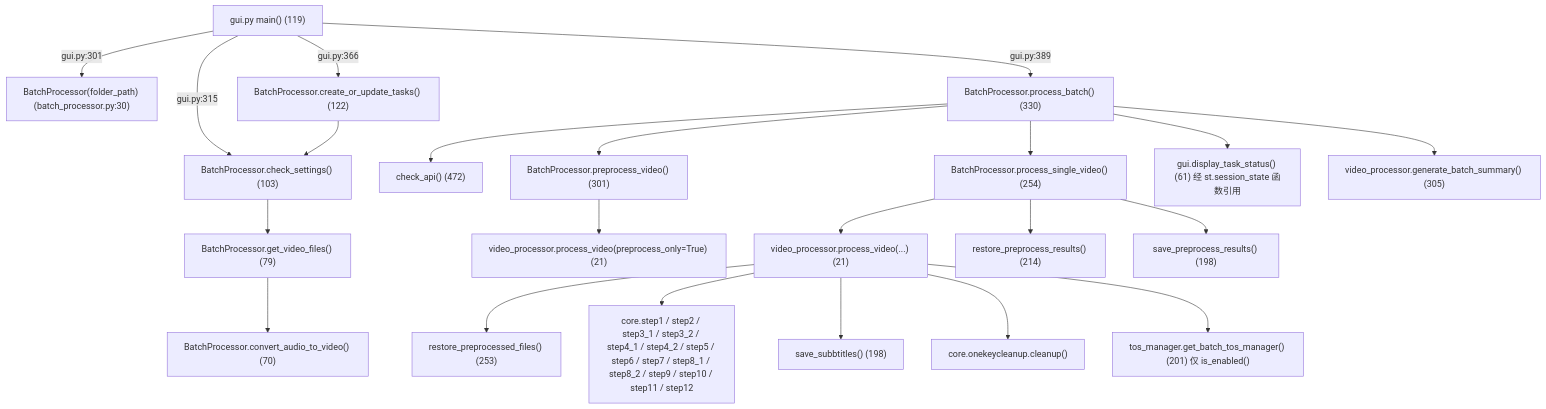
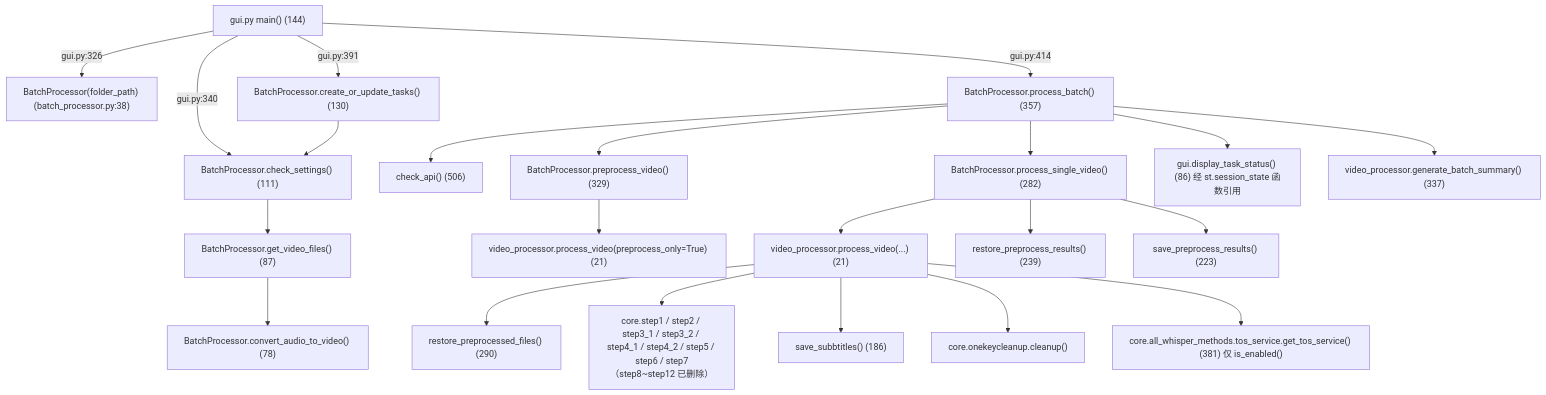
Before and after one commit to Brzjomo/VideoLingoMove: the first of 2 diagrams in devdocs/04-interfaces/03-批处理任务系统.md, drawn with Mermaid. The commit also changed other lines of this file and 30 other files, not shown here.

````diff
--- a/devdocs/04-interfaces/03-批处理任务系统.md
+++ b/devdocs/04-interfaces/03-批处理任务系统.md
@@ -58,24 +57,24 @@
 ```mermaid
 flowchart TD
-    G["gui.py main() (119)"] -->|"gui.py:301"| BPnew["BatchProcessor(folder_path) (batch_processor.py:30)"]
-    G -->|"gui.py:315"| CS["BatchProcessor.check_settings() (103)"]
-    G -->|"gui.py:366"| COT["BatchProcessor.create_or_update_tasks() (122)"]
-    G -->|"gui.py:389"| PB["BatchProcessor.process_batch() (330)"]
+    G["gui.py main() (144)"] -->|"gui.py:326"| BPnew["BatchProcessor(folder_path) (batch_processor.py:38)"]
+    G -->|"gui.py:340"| CS["BatchProcessor.check_settings() (111)"]
+    G -->|"gui.py:391"| COT["BatchProcessor.create_or_update_tasks() (130)"]
+    G -->|"gui.py:414"| PB["BatchProcessor.process_batch() (357)"]
     COT --> CS
-    CS --> GVF["BatchProcessor.get_video_files() (79)"]
-    GVF --> CAV["BatchProcessor.convert_audio_to_video() (70)"]
-    PB --> API1["check_api() (472)"]
-    PB --> PSV["BatchProcessor.process_single_video() (254)"]
-    PB --> SPR["BatchProcessor.preprocess_video() (301)"]
-    PB --> DTS["gui.display_task_status() (61) 经 st.session_state 函数引用"]
+    CS --> GVF["BatchProcessor.get_video_files() (87)"]
+    GVF --> CAV["BatchProcessor.convert_audio_to_video() (78)"]
+    PB --> API1["check_api() (506)"]
+    PB --> PSV["BatchProcessor.process_single_video() (282)"]
+    PB --> SPR["BatchProcessor.preprocess_video() (329)"]
+    PB --> DTS["gui.display_task_status() (86) 经 st.session_state 函数引用"]
     SPR --> PV["video_processor.process_video(preprocess_only=True) (21)"]
     PSV --> PV2["video_processor.process_video(...) (21)"]
-    PSV --> SPRES["restore_preprocess_results() (214)"]
-    PSV --> SSAVE["save_preprocess_results() (198)"]
-    PV2 --> REST["restore_preprocessed_files() (253)"]
-    PV2 --> STEPS["core.step1 / step2 / step3_1 / step3_2 / step4_1 / step4_2 / step5 / step6 / step7 / step8_1 / step8_2 / step9 / step10 / step11 / step12"]
-    PV2 --> SS["save_subbtitles() (198)"]
+    PSV --> SPRES["restore_preprocess_results() (239)"]
+    PSV --> SSAVE["save_preprocess_results() (223)"]
+    PV2 --> REST["restore_preprocessed_files() (290)"]
+    PV2 --> STEPS["core.step1 / step2 / step3_1 / step3_2 / step4_1 / step4_2 / step5 / step6 / step7（step8~step12 已删除）"]
+    PV2 --> SS["save_subbtitles() (186)"]
     PV2 --> CLN["core.onekeycleanup.cleanup()"]
-    PV2 --> TOS["tos_manager.get_batch_tos_manager() (201) 仅 is_enabled()"]
-    PB --> SUM["video_processor.generate_batch_summary() (305)"]
+    PV2 --> TOS["core.all_whisper_methods.tos_service.get_tos_service() (381) 仅 is_enabled()"]
+    PB --> SUM["video_processor.generate_batch_summary() (337)"]
 ```
````
